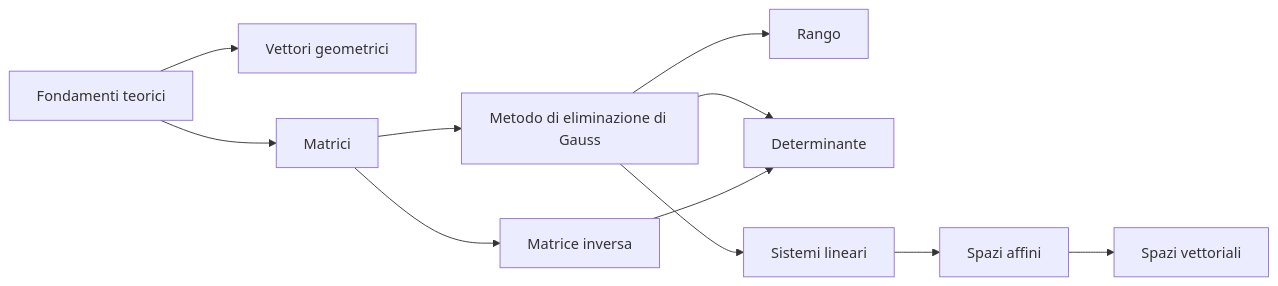
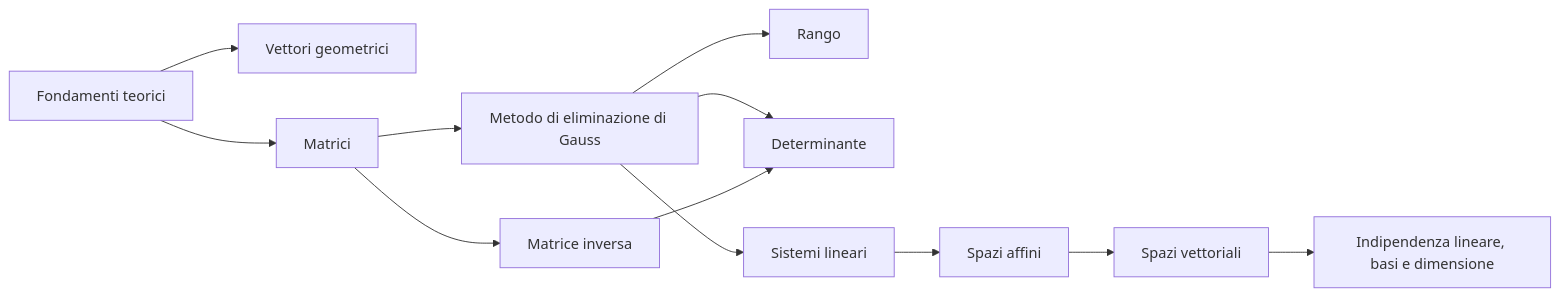
The diagram in 2026-2027/20_Geometria_Algebra_Lineare/00_MOC_GAL.md (rikytomasoni-pixel/Studio), drawn with Mermaid before and after one commit. The commit also changed other lines of this file and 10 other files, not shown here.

````diff
--- a/2026-2027/20_Geometria_Algebra_Lineare/00_MOC_GAL.md
+++ b/2026-2027/20_Geometria_Algebra_Lineare/00_MOC_GAL.md
@@ -12,13 +12,14 @@
 ```mermaid
 flowchart LR
     A[Fondamenti teorici] --> B[Vettori geometrici]
     A --> C[Matrici]
     C --> D[Matrice inversa]
     C --> E[Metodo di eliminazione di Gauss]
     E --> F[Rango]
     E --> G[Determinante]
     D --> G
     E --> H[Sistemi lineari]
     H --> I[Spazi affini]
     I --> J[Spazi vettoriali]
+    J --> K[Indipendenza lineare, basi e dimensione]
 ```
````
